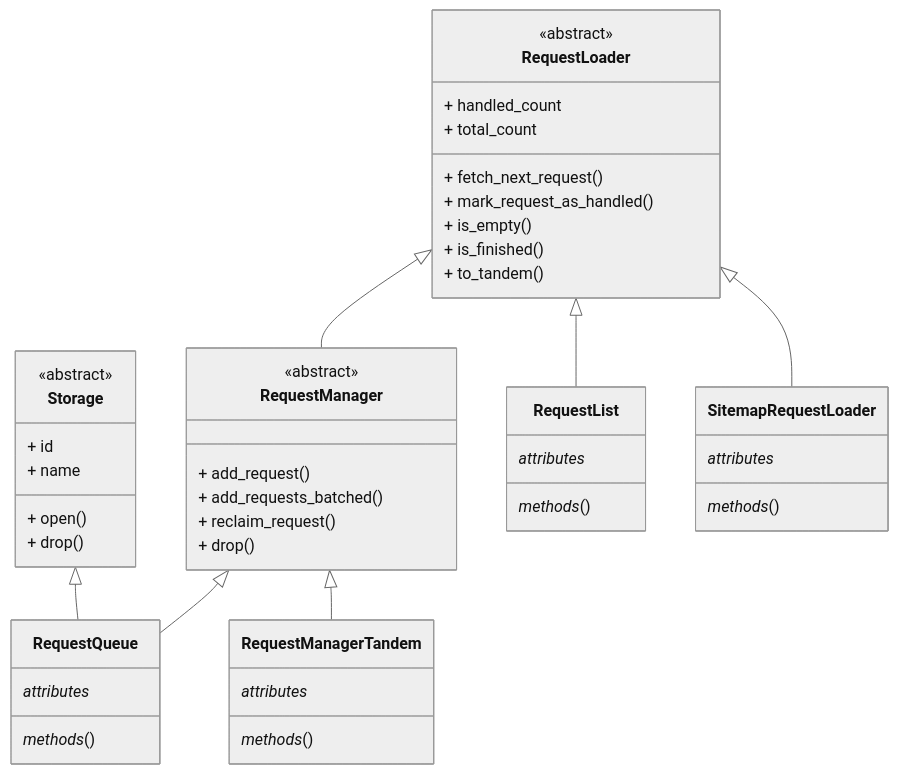
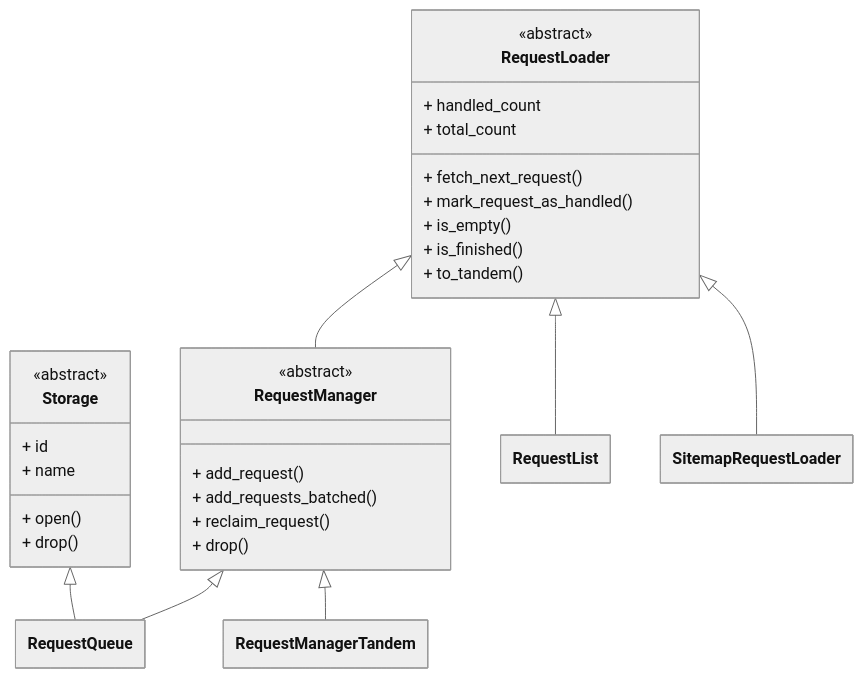
The diagram in docs/guides/request_loaders.mdx (apify/crawlee-python), drawn with Mermaid (neutral theme) before and after one commit. The commit also changed other lines of this file and 40 other files, not shown here.

First line of the commit message:
Docs: Add architecture overview guide and more

````diff
--- a/docs/guides/request_loaders.mdx
+++ b/docs/guides/request_loaders.mdx
@@ -34,76 +36,64 @@
 ```mermaid
 ---
 config:
     class:
         hideEmptyMembersBox: true
 ---
 
 classDiagram
 
 %% ========================
 %% Abstract classes
 %% ========================
 
 class Storage {
     <<abstract>>
     + id
     + name
     + open()
     + drop()
 }
 
 class RequestLoader {
     <<abstract>>
     + handled_count
     + total_count
     + fetch_next_request()
     + mark_request_as_handled()
     + is_empty()
     + is_finished()
     + to_tandem()
 }
 
 class RequestManager {
     <<abstract>>
     + add_request()
     + add_requests_batched()
     + reclaim_request()
     + drop()
 }
 
 %% ========================
 %% Specific classes
 %% ========================
 
-class RequestQueue {
-    _attributes_
-    _methods_()
-}
+class RequestQueue
 
-class RequestList {
-    _attributes_
-    _methods_()
-}
+class RequestList
 
-class SitemapRequestLoader {
-    _attributes_
-    _methods_()
-}
+class SitemapRequestLoader
 
-class RequestManagerTandem {
-    _attributes_
-    _methods_()
-}
+class RequestManagerTandem
 
 %% ========================
 %% Inheritance arrows
 %% ========================
 
 Storage <|-- RequestQueue
 RequestManager <|-- RequestQueue
 
 RequestLoader <|-- RequestManager
 RequestLoader <|-- RequestList
 RequestLoader <|-- SitemapRequestLoader
 RequestManager <|-- RequestManagerTandem
 ```
````
